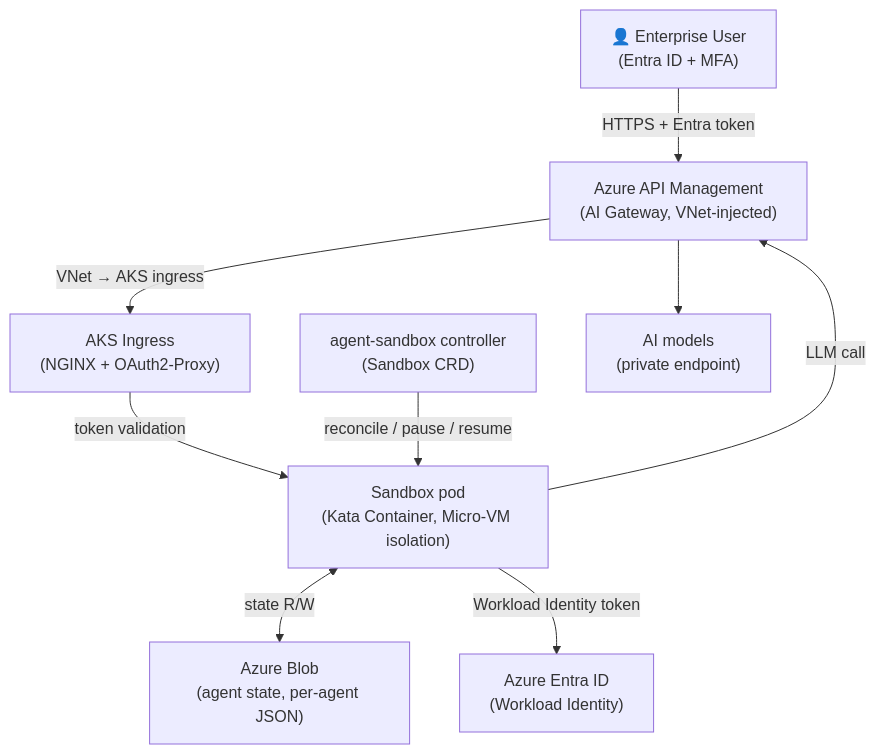
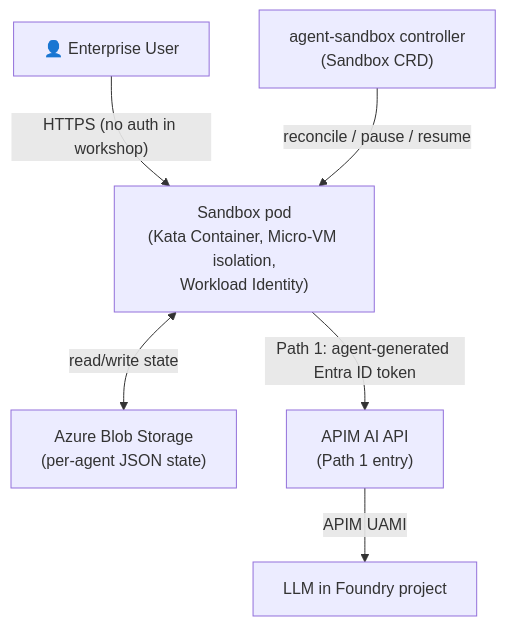
Before and after one commit to oxcp/ainotes: the second of 3 diagrams in agenthost/agenthost.md, drawn with Mermaid. The commit also changed other lines of this file, not shown here.

Commit message:
docs: Clarify user-agent authentication scope and detail access paths in workshop documentation

````diff
--- a/agenthost/agenthost.md
+++ b/agenthost/agenthost.md
@@ -202,20 +247,15 @@
 ```mermaid
 flowchart TD
-    user["👤 Enterprise User\n(Entra ID + MFA)"]
-    apim["Azure API Management\n(AI Gateway, VNet-injected)"]
-    ingress["AKS Ingress\n(NGINX + OAuth2-Proxy)"]
+    user["👤 Enterprise User"]
     ctrl["agent-sandbox controller\n(Sandbox CRD)"]
-    kata["Sandbox pod\n(Kata Container, Micro-VM isolation)"]
-    blob["Azure Blob\n(agent state, per-agent JSON)"]
-    aoai["AI models\n(private endpoint)"]
-    entra["Azure Entra ID\n(Workload Identity)"]
+    kata["Sandbox pod\n(Kata Container, Micro-VM isolation,\nWorkload Identity)"]
+    blob["Azure Blob Storage\n(per-agent JSON state)"]
+    apimApi["APIM AI API\n(Path 1 entry)"]
+    llm["LLM in Foundry project"]
 
-    user -->|"HTTPS + Entra token"| apim
-    apim -->|"VNet → AKS ingress"| ingress
-    ingress -->|"token validation"| kata
+    user -->|"HTTPS (no auth in workshop)"| kata
     ctrl -->|"reconcile / pause / resume"| kata
-    kata <-->|"state R/W"| blob
-    kata -->|"Workload Identity token"| entra
-    kata -->|"LLM call"| apim
-    apim --> aoai
+    kata <-->|"read/write state"| blob
+    kata -->|"Path 1: agent-generated Entra ID token"| apimApi
+    apimApi -->|"APIM UAMI"| llm
 ```
````
